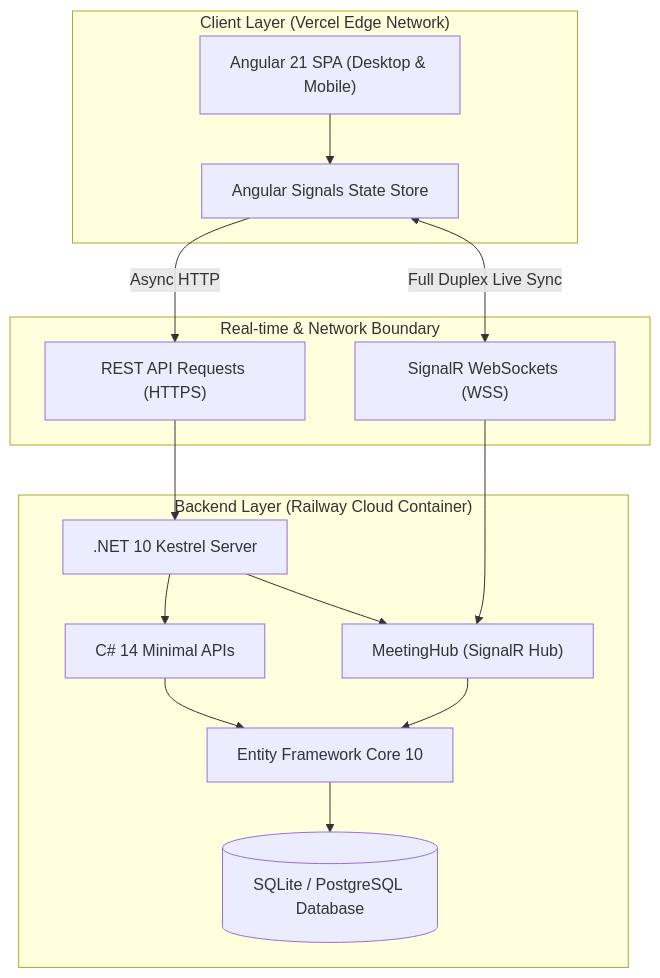
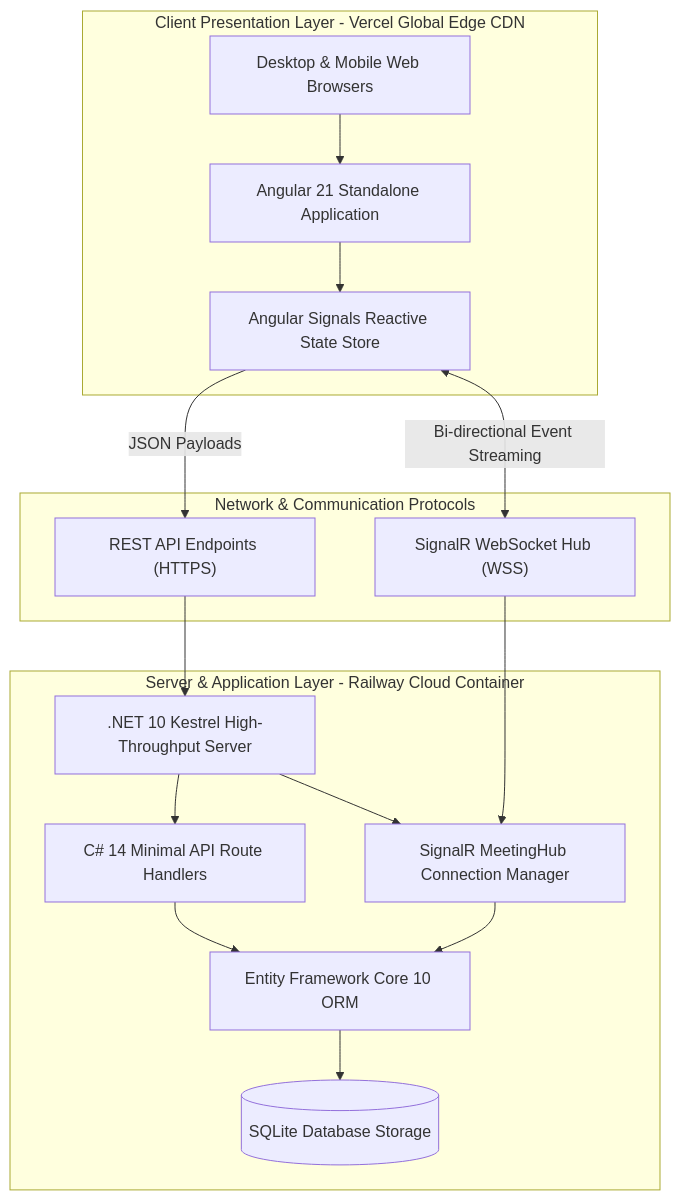
The diagram in README.md (ZillerDX/deskflow), drawn with Mermaid before and after one commit. The commit also changed other lines of this file and 6 other files, not shown here.

Commit message:
docs: publish portfolio-grade bilingual README with architecture diagrams and visual proofs

````diff
--- a/README.md
+++ b/README.md
@@ -63,32 +151,35 @@
 ```mermaid
 flowchart TD
-    subgraph Client ["Client Layer (Vercel Edge Network)"]
-        UI["Angular 21 SPA (Desktop & Mobile)"]
-        Signals["Angular Signals State Store"]
-        UI --> Signals
+    subgraph ClientLayer ["Client Presentation Layer - Vercel Global Edge CDN"]
+        Browser["Desktop & Mobile Web Browsers"]
+        AngularApp["Angular 21 Standalone Application"]
+        SignalStore["Angular Signals Reactive State Store"]
+        
+        Browser --> AngularApp
+        AngularApp --> SignalStore
     end
 
-    subgraph Gateway ["Real-time & Network Boundary"]
-        HTTP["REST API Requests (HTTPS)"]
-        WS["SignalR WebSockets (WSS)"]
+    subgraph NetworkBoundary ["Network & Communication Protocols"]
+        HTTPSGateway["REST API Endpoints (HTTPS)"]
+        WSSGateway["SignalR WebSocket Hub (WSS)"]
     end
 
-    subgraph Backend ["Backend Layer (Railway Cloud Container)"]
-        Kestrel[".NET 10 Kestrel Server"]
-        Endpoints["C# 14 Minimal APIs"]
-        Hub["MeetingHub (SignalR Hub)"]
-        EF["Entity Framework Core 10"]
-        DB[(SQLite / PostgreSQL Database)]
-        
-        Kestrel --> Endpoints
-        Kestrel --> Hub
-        Endpoints --> EF
-        Hub --> EF
-        EF --> DB
+    subgraph ServerLayer ["Server & Application Layer - Railway Cloud Container"]
+        Kestrel[".NET 10 Kestrel High-Throughput Server"]
+        MinimalEndpoints["C# 14 Minimal API Route Handlers"]
+        MeetingHub["SignalR MeetingHub Connection Manager"]
+        EFCore["Entity Framework Core 10 ORM"]
+        Database[("SQLite Database Storage")]
+
+        Kestrel --> MinimalEndpoints
+        Kestrel --> MeetingHub
+        MinimalEndpoints --> EFCore
+        MeetingHub --> EFCore
+        EFCore --> Database
     end
 
-    Signals -->|Async HTTP| HTTP
-    Signals <-->|Full Duplex Live Sync| WS
-    HTTP --> Kestrel
-    WS --> Hub
+    SignalStore -->|JSON Payloads| HTTPSGateway
+    SignalStore <-->|Bi-directional Event Streaming| WSSGateway
+    HTTPSGateway --> Kestrel
+    WSSGateway --> MeetingHub
 ```
````
